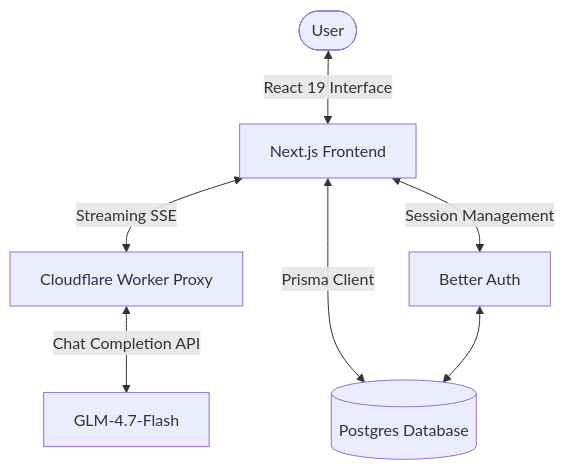
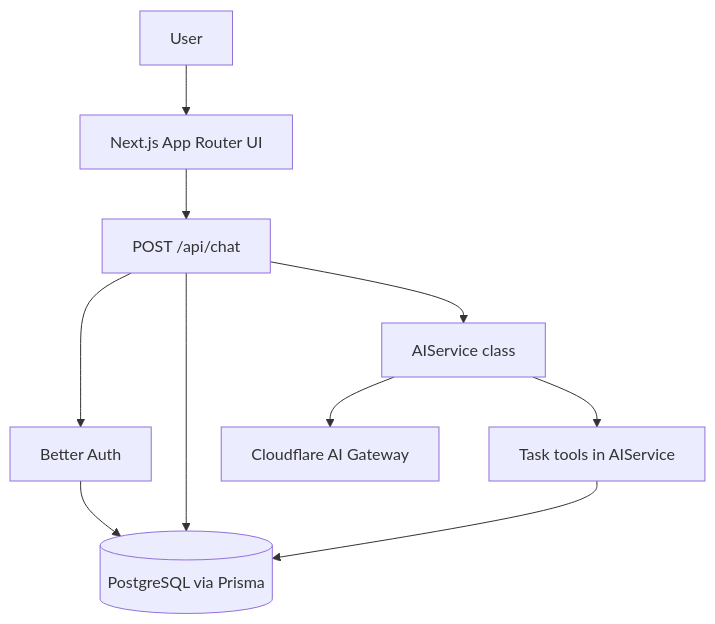
Before and after one commit to lwshakib/task-fusion-ai-powered: the diagram in README.md, drawn with Mermaid. The commit also changed other lines of this file and 2 other files, not shown here.

````diff
--- a/README.md
+++ b/README.md
@@ -56,16 +34,21 @@
 ```mermaid
 graph TD
-    User([User])
-    Frontend[Next.js Frontend]
-    Worker[Cloudflare Worker Proxy]
-    AIService[GLM-4.7-Flash]
-    Database[(Postgres Database)]
+    User[User]
+    UI[Next.js App Router UI]
+    ChatAPI[POST /api/chat]
+    AIService[AIService class]
+    Gateway[Cloudflare AI Gateway]
+    Tools[Task tools in AIService]
+    DB[(PostgreSQL via Prisma)]
     Auth[Better Auth]
 
-    User <-->|React 19 Interface| Frontend
-    Frontend <-->|Streaming SSE| Worker
-    Worker <-->|Chat Completion API| AIService
-    Frontend <-->|Prisma Client| Database
-    Frontend <-->|Session Management| Auth
-    Auth <--> Database
+    User --> UI
+    UI --> ChatAPI
+    ChatAPI --> Auth
+    ChatAPI --> DB
+    ChatAPI --> AIService
+    AIService --> Gateway
+    AIService --> Tools
+    Tools --> DB
+    Auth --> DB
 ```
````
